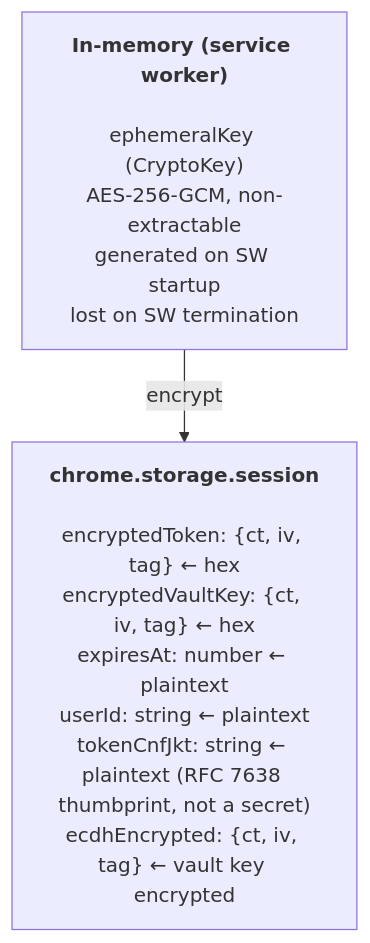
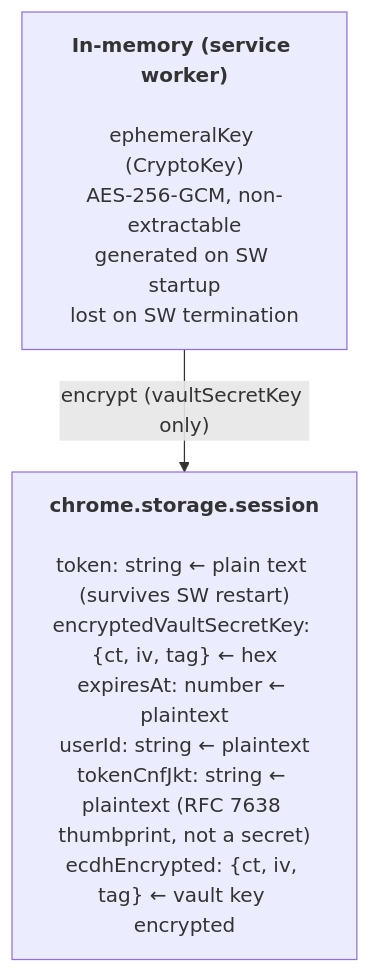
The third of 6 diagrams in docs/architecture/extension-token-bridge.md (ngc-shj/passwd-sso), drawn with Mermaid before and after one commit. The commit also changed other lines of this file and 127 other files, not shown here.

````diff
--- a/docs/architecture/extension-token-bridge.md
+++ b/docs/architecture/extension-token-bridge.md
@@ -157,7 +167,7 @@
 ```mermaid
 flowchart TB
     InMem["<b>In-memory (service worker)</b><br/><br/>ephemeralKey (CryptoKey)<br/>AES-256-GCM, non-extractable<br/>generated on SW startup<br/>lost on SW termination"]
-    InMem -- "encrypt" --> Session
+    InMem -- "encrypt (vaultSecretKey only)" --> Session
 
-    Session["<b>chrome.storage.session</b><br/><br/>encryptedToken: {ct, iv, tag} ← hex<br/>encryptedVaultKey: {ct, iv, tag} ← hex<br/>expiresAt: number ← plaintext<br/>userId: string ← plaintext<br/>tokenCnfJkt: string ← plaintext (RFC 7638 thumbprint, not a secret)<br/>ecdhEncrypted: {ct, iv, tag} ← vault key encrypted"]
+    Session["<b>chrome.storage.session</b><br/><br/>token: string ← plain text (survives SW restart)<br/>encryptedVaultSecretKey: {ct, iv, tag} ← hex<br/>expiresAt: number ← plaintext<br/>userId: string ← plaintext<br/>tokenCnfJkt: string ← plaintext (RFC 7638 thumbprint, not a secret)<br/>ecdhEncrypted: {ct, iv, tag} ← vault key encrypted"]
 ```
````
